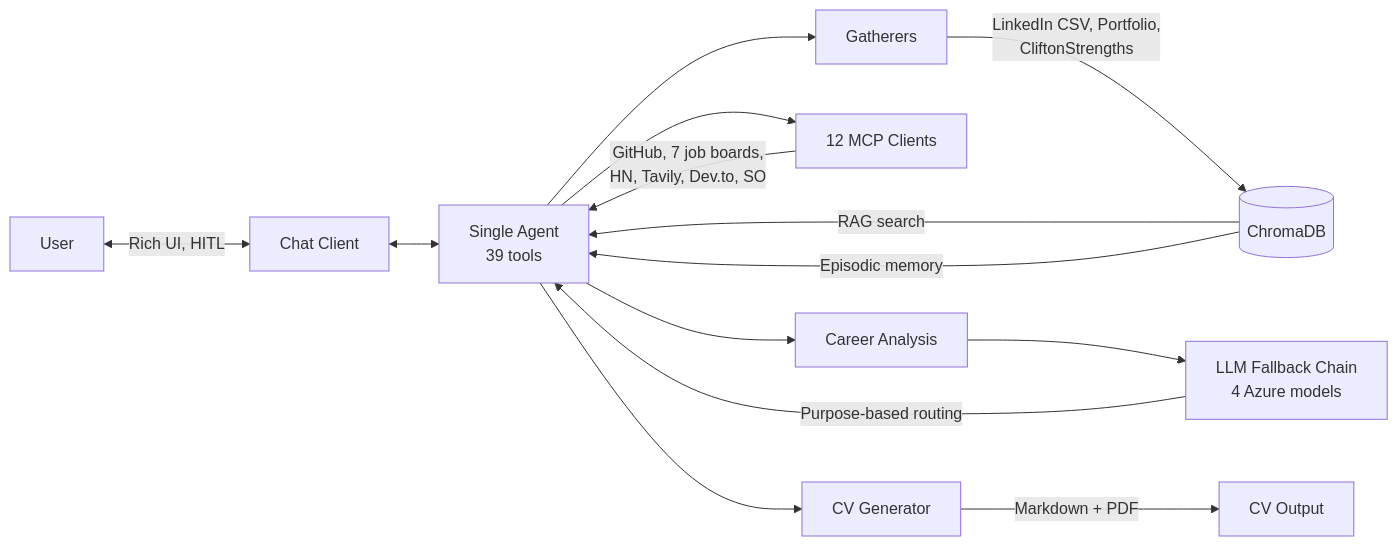
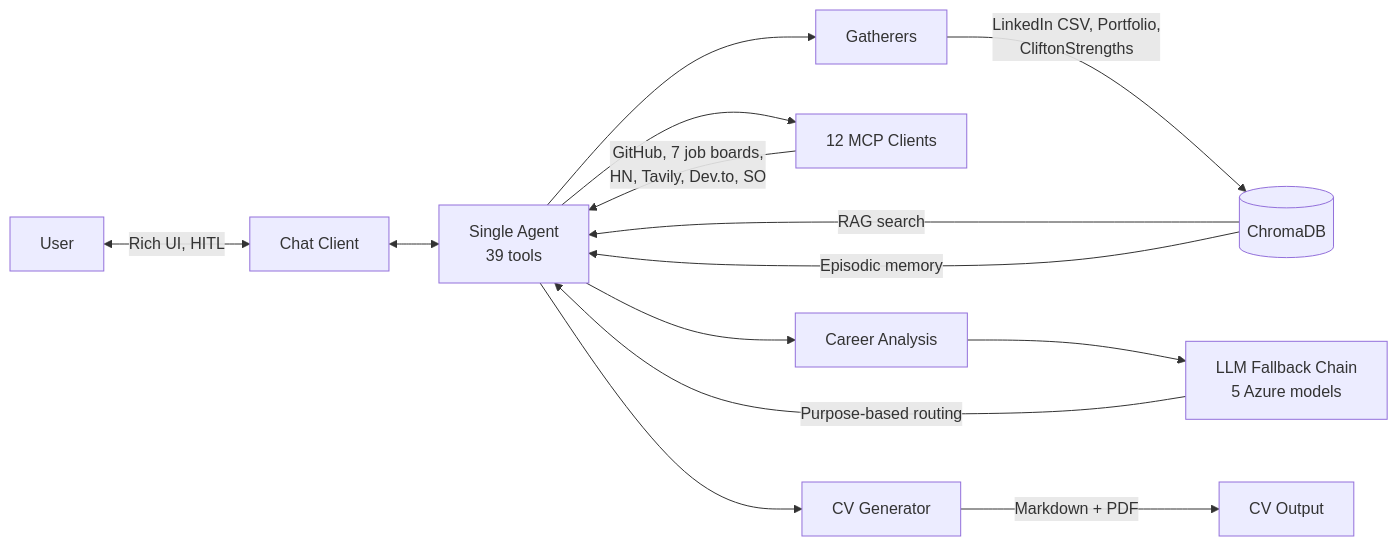
Before and after one commit to juanmanueldaza/futureproof: the diagram in README.md, drawn with Mermaid. The commit also changed other lines of this file, not shown here.

First line of the commit message:
docs: update README with 5-model chain, synthesis middleware, current stats

````diff
--- a/README.md
+++ b/README.md
@@ -11,19 +11,19 @@
 ```mermaid
 graph LR
     User <-->|Rich UI, HITL| Chat[Chat Client]
     Chat <--> Agent[Single Agent<br/>39 tools]
 
     Agent --> Gather[Gatherers]
     Agent --> MCP[12 MCP Clients]
     Agent --> Analysis[Career Analysis]
     Agent --> Gen[CV Generator]
 
     Gather -->|LinkedIn CSV, Portfolio,<br/>CliftonStrengths| ChromaDB[(ChromaDB)]
     MCP -->|GitHub, 7 job boards,<br/>HN, Tavily, Dev.to, SO| Agent
-    Analysis --> LLM[LLM Fallback Chain<br/>4 Azure models]
+    Analysis --> LLM[LLM Fallback Chain<br/>5 Azure models]
     Gen -->|Markdown + PDF| Output[CV Output]
 
     ChromaDB -->|RAG search| Agent
     ChromaDB -->|Episodic memory| Agent
     LLM -->|Purpose-based routing| Agent
 ```
````
